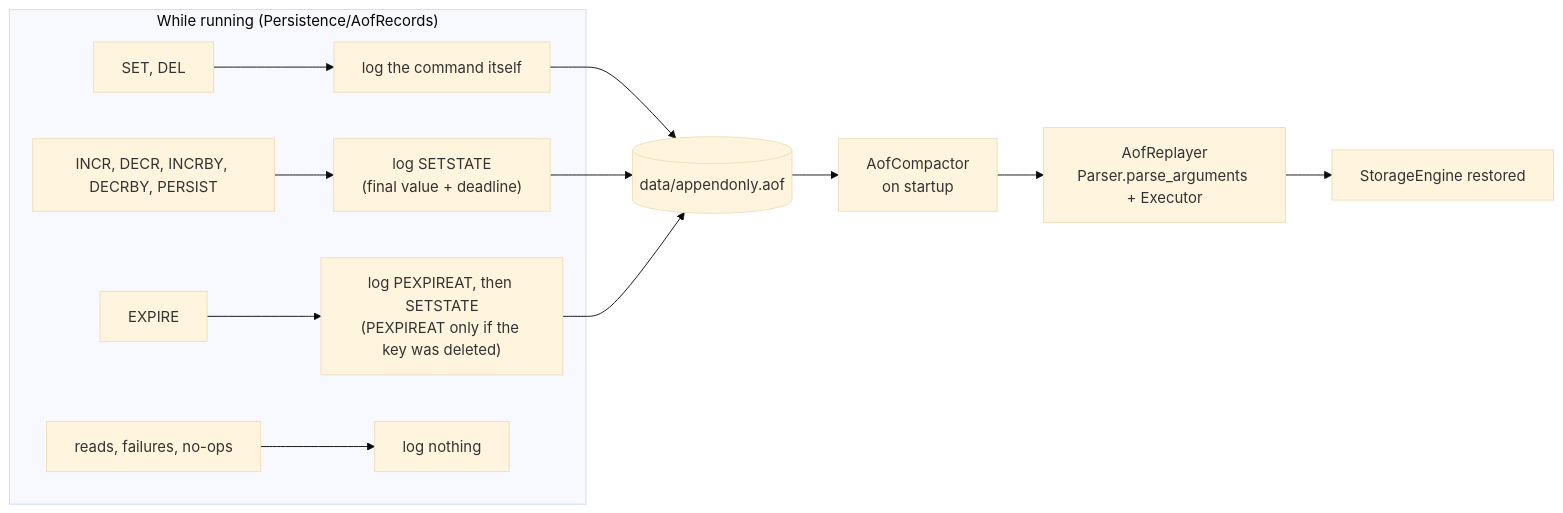
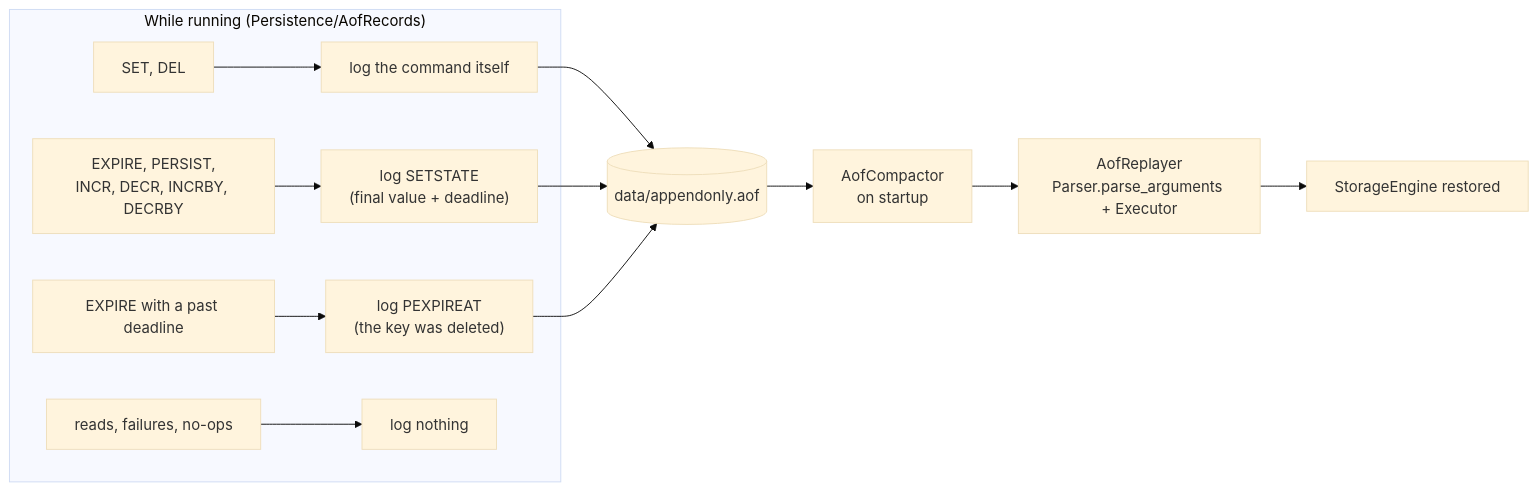
The sixth of 6 diagrams in README.md (mkslge/redis), drawn with Mermaid (base theme) before and after one commit. The commit also changed other lines of this file and 60 other files, not shown here.

````diff
--- a/README.md
+++ b/README.md
@@ -294,15 +303,15 @@
 ```mermaid
 flowchart LR
     subgraph write["While running (Persistence/AofRecords)"]
         plain["SET, DEL"] --> self["log the command itself"]
-        arith["INCR, DECR, INCRBY, DECRBY, PERSIST"] --> state["log SETSTATE<br/>(final value + deadline)"]
-        expire["EXPIRE"] --> both["log PEXPIREAT, then SETSTATE<br/>(PEXPIREAT only if the key was deleted)"]
+        arith["EXPIRE, PERSIST,<br/>INCR, DECR, INCRBY, DECRBY"] --> state["log SETSTATE<br/>(final value + deadline)"]
+        expired["EXPIRE with a past deadline"] --> pexpireat["log PEXPIREAT<br/>(the key was deleted)"]
         skipped["reads, failures, no-ops"] --> nothing["log nothing"]
     end
     self --> file[("data/appendonly.aof")]
     state --> file
-    both --> file
+    pexpireat --> file
     file --> compactor["AofCompactor<br/>on startup"]
     compactor --> replayer["AofReplayer<br/>Parser.parse_arguments + Executor"]
     replayer --> storage["StorageEngine restored"]
 ```
````
